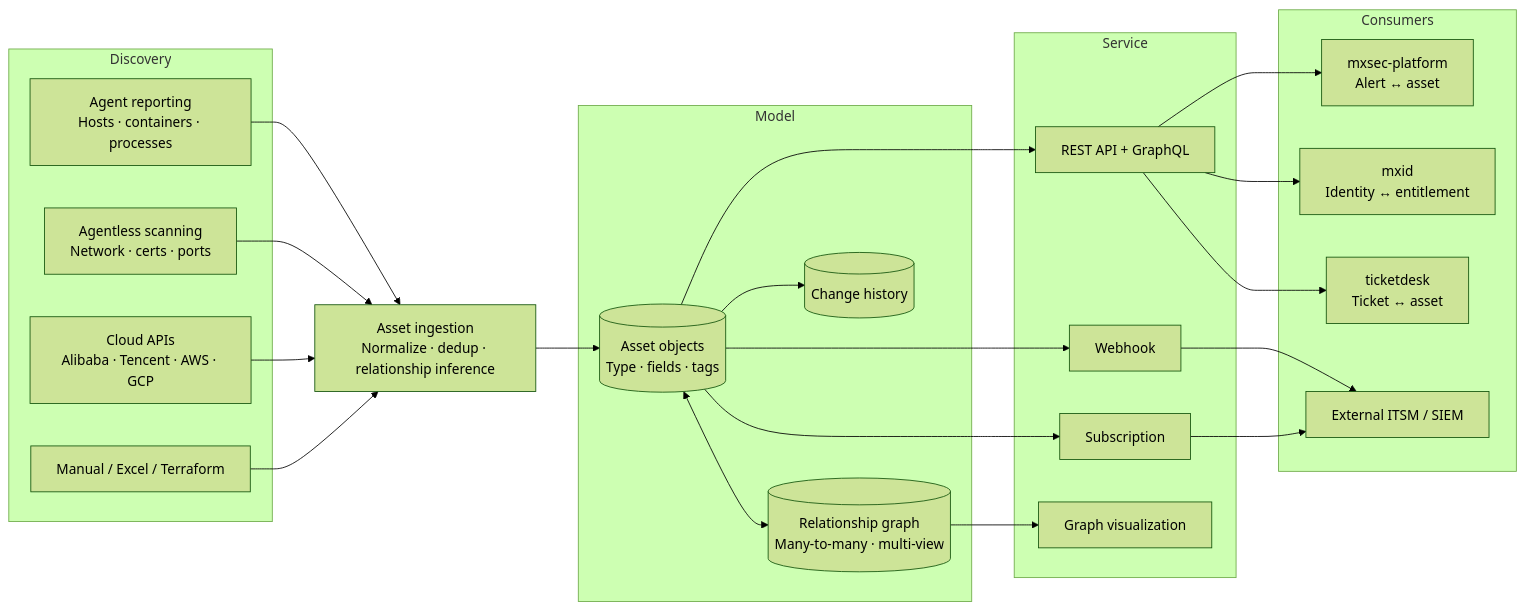
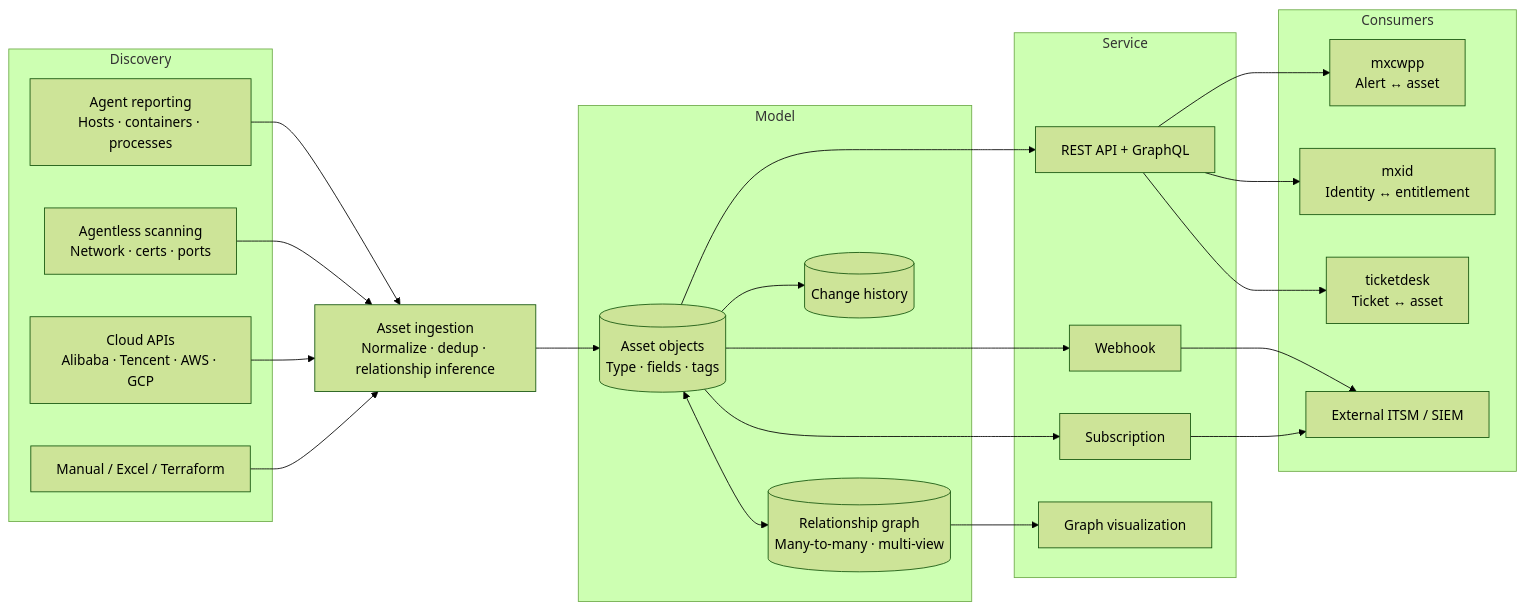
Before and after one commit to matrixplusio/mxsite: the diagram in content/english/products/mxcmdb.md, drawn with Mermaid (forest theme). The commit also changed other lines of this file and 39 other files, not shown here.

First line of the commit message:
refactor: rename product mxsec-platform to mxcwpp

```diff
--- a/content/english/products/mxcmdb.md
+++ b/content/english/products/mxcmdb.md
@@ -28,51 +28,51 @@
 {{< mermaid >}}
 graph LR
   subgraph DISC[Discovery]
     AG[Agent reporting<br/>Hosts · containers · processes]
     SCAN[Agentless scanning<br/>Network · certs · ports]
     CLOUD[Cloud APIs<br/>Alibaba · Tencent · AWS · GCP]
     MAN[Manual / Excel / Terraform]
   end
 
   AG --> ING
   SCAN --> ING
   CLOUD --> ING
   MAN --> ING
 
   ING[Asset ingestion<br/>Normalize · dedup · relationship inference]
 
   subgraph MODEL[Model]
     ASSET[(Asset objects<br/>Type · fields · tags)]
     REL[(Relationship graph<br/>Many-to-many · multi-view)]
     HIST[(Change history)]
   end
 
   ING --> ASSET
   ASSET <--> REL
   ASSET --> HIST
 
   subgraph SVC[Service]
     API[REST API + GraphQL]
     HOOK[Webhook]
     SUB[Subscription]
     VIZ[Graph visualization]
   end
 
   ASSET --> API
   REL --> VIZ
   ASSET --> HOOK
   ASSET --> SUB
 
   subgraph CON[Consumers]
-    MXSEC[mxsec-platform<br/>Alert ↔ asset]
+    MXSEC[mxcwpp<br/>Alert ↔ asset]
     MXID[mxid<br/>Identity ↔ entitlement]
     TICKET[ticketdesk<br/>Ticket ↔ asset]
     EXT[External ITSM / SIEM]
   end
 
   API --> MXSEC
   API --> MXID
   API --> TICKET
   HOOK --> EXT
   SUB --> EXT
 {{< /mermaid >}}
```
